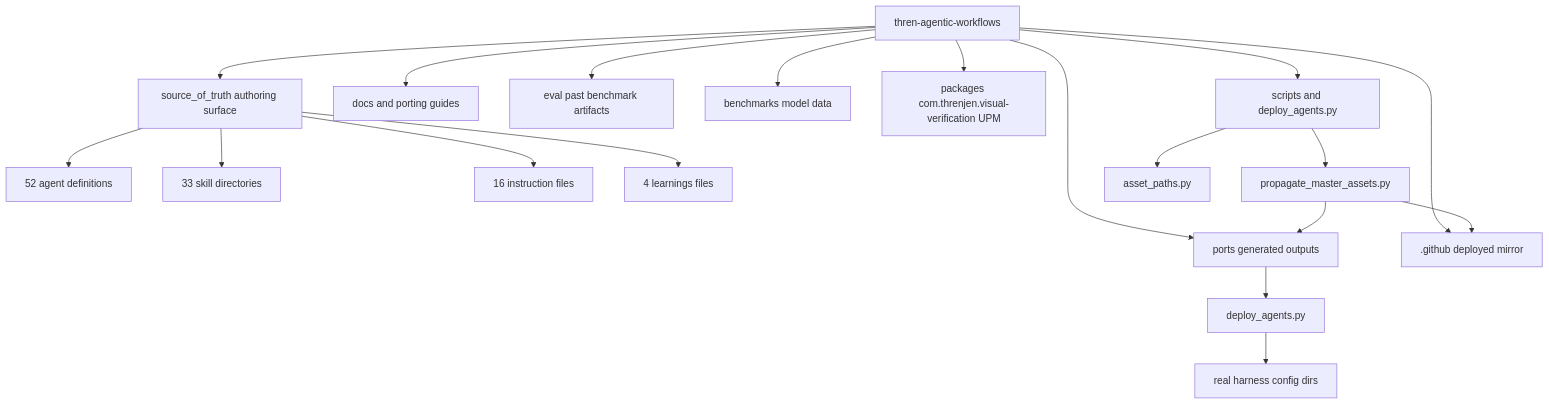
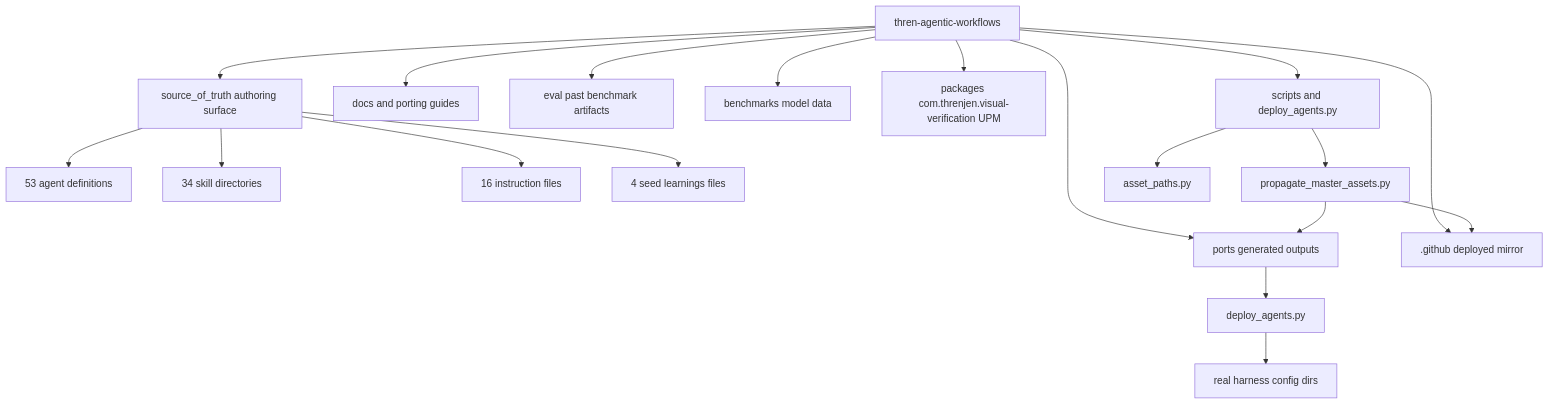
The first of 4 diagrams in docs/ARCHITECTURE.md (threnjen/thren-agentic-workflows), drawn with Mermaid before and after one commit. The commit also changed other lines of this file and 85 other files, not shown here.

````diff
--- a/docs/ARCHITECTURE.md
+++ b/docs/ARCHITECTURE.md
@@ -23,25 +23,25 @@
 ```mermaid
 flowchart TD
     Root[thren-agentic-workflows]
 
     Root --> SOT[source_of_truth authoring surface]
     Root --> Ports[ports generated outputs]
     Root --> DotGithub[.github deployed mirror]
     Root --> Docs[docs and porting guides]
     Root --> Eval[eval past benchmark artifacts]
     Root --> Bench[benchmarks model data]
     Root --> Pkg[packages com.threnjen.visual-verification UPM]
     Root --> Scripts[scripts and deploy_agents.py]
 
-    SOT --> Agents[52 agent definitions]
-    SOT --> Skills[33 skill directories]
+    SOT --> Agents[53 agent definitions]
+    SOT --> Skills[34 skill directories]
     SOT --> Instructions[16 instruction files]
-    SOT --> Learnings[4 learnings files]
+    SOT --> Learnings[4 seed learnings files]
 
     Scripts --> Propagate[propagate_master_assets.py]
     Scripts --> Shared[asset_paths.py]
     Propagate --> Ports
     Propagate --> DotGithub
     Deploy[deploy_agents.py] --> RealDirs[real harness config dirs]
     Ports --> Deploy
 ```
````
